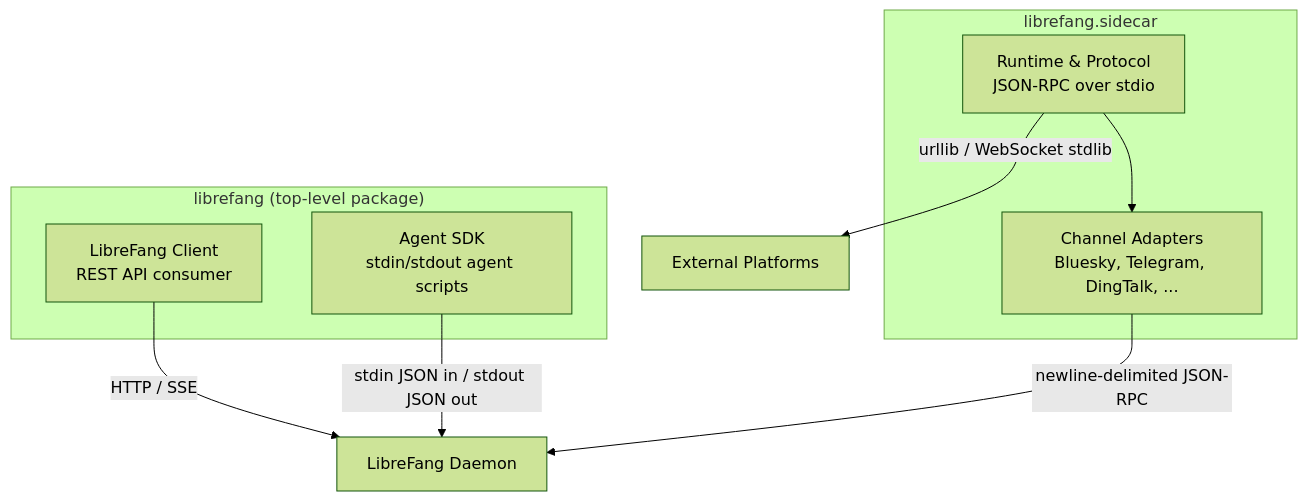
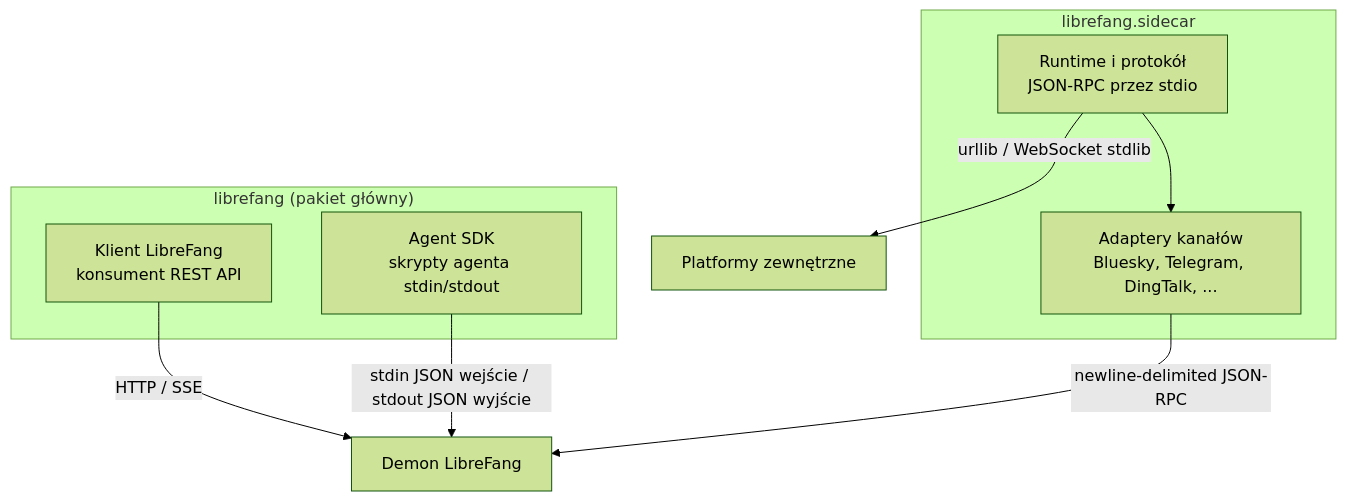
Before and after one commit to leszek3737/librefang-WIki: the diagram in sdk-python.md, drawn with Mermaid (forest theme). The commit also changed other lines of this file and 104 other files, not shown here.

````diff
--- a/sdk-python.md
+++ b/sdk-python.md
@@ -9,20 +9,20 @@
 ```mermaid
 graph TB
-    subgraph "librefang (top-level package)"
-        Client["LibreFang Client<br/>REST API consumer"]
-        SDK["Agent SDK<br/>stdin/stdout agent scripts"]
+    subgraph "librefang (pakiet główny)"
+        Client["Klient LibreFang<br/>konsument REST API"]
+        SDK["Agent SDK<br/>skrypty agenta stdin/stdout"]
     end
 
     subgraph "librefang.sidecar"
-        Runtime["Runtime & Protocol<br/>JSON-RPC over stdio"]
-        Adapters["Channel Adapters<br/>Bluesky, Telegram, DingTalk, ..."]
+        Runtime["Runtime i protokół<br/>JSON-RPC przez stdio"]
+        Adapters["Adaptery kanałów<br/>Bluesky, Telegram, DingTalk, ..."]
     end
 
-    LibreFangOS["LibreFang Daemon"]
+    LibreFangOS["Demon LibreFang"]
 
     Client -->|"HTTP / SSE"| LibreFangOS
-    SDK -->|"stdin JSON in / stdout JSON out"| LibreFangOS
+    SDK -->|"stdin JSON wejście / stdout JSON wyjście"| LibreFangOS
     Runtime --> Adapters
     Adapters -->|"newline-delimited JSON-RPC"| LibreFangOS
-    Runtime -->|"urllib / WebSocket stdlib"| External["External Platforms"]
+    Runtime -->|"urllib / WebSocket stdlib"| External["Platformy zewnętrzne"]
 ```
````
